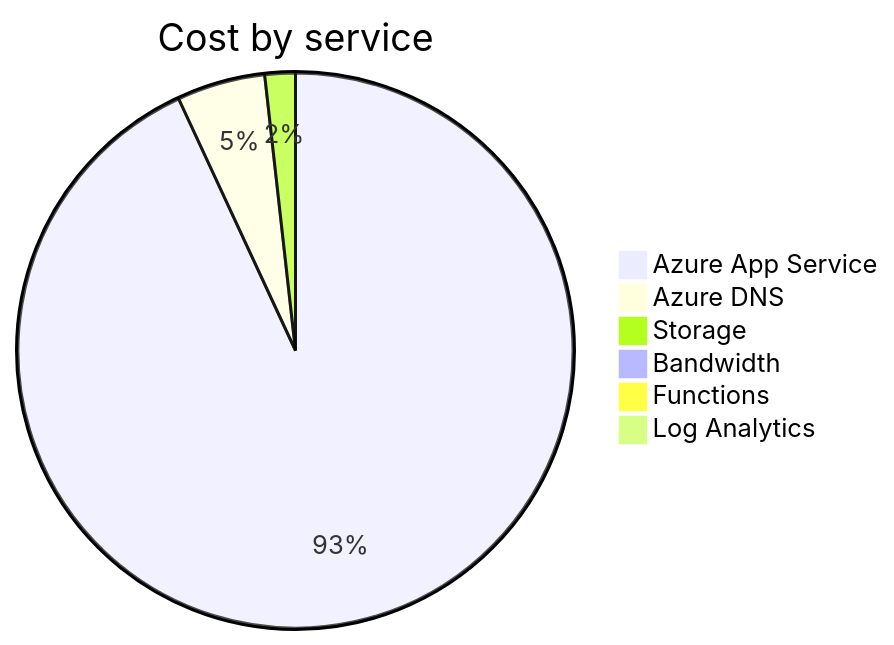
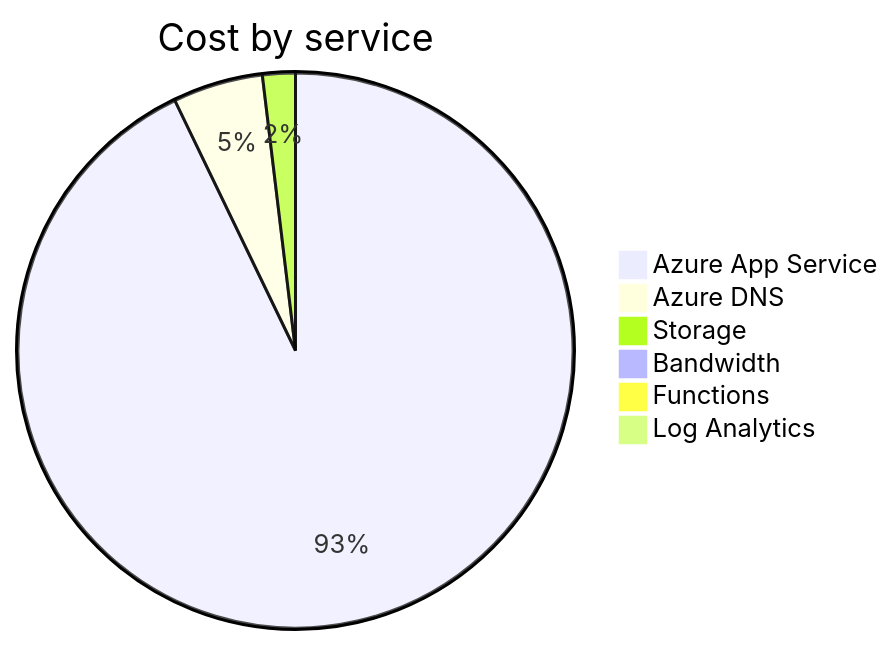
The second of 4 diagrams in cost-reports/accumulated-cost.md (jpfulton/azure-personal-reports), drawn with Mermaid before and after one commit. The commit also changed other lines of this file and 4 other files, not shown here.

````diff
--- a/cost-reports/accumulated-cost.md
+++ b/cost-reports/accumulated-cost.md
@@ -98,10 +98,10 @@
 ```mermaid
 pie
    title Cost by service
-   "Azure App Service" : 5.25
-   "Azure DNS" : 0.29
-   "Storage" : 0.10
+   "Azure App Service" : 5.84
+   "Azure DNS" : 0.33
+   "Storage" : 0.12
    "Bandwidth" : 0.00
    "Functions" : 0.00
    "Log Analytics" : 0.00
 ```
````
